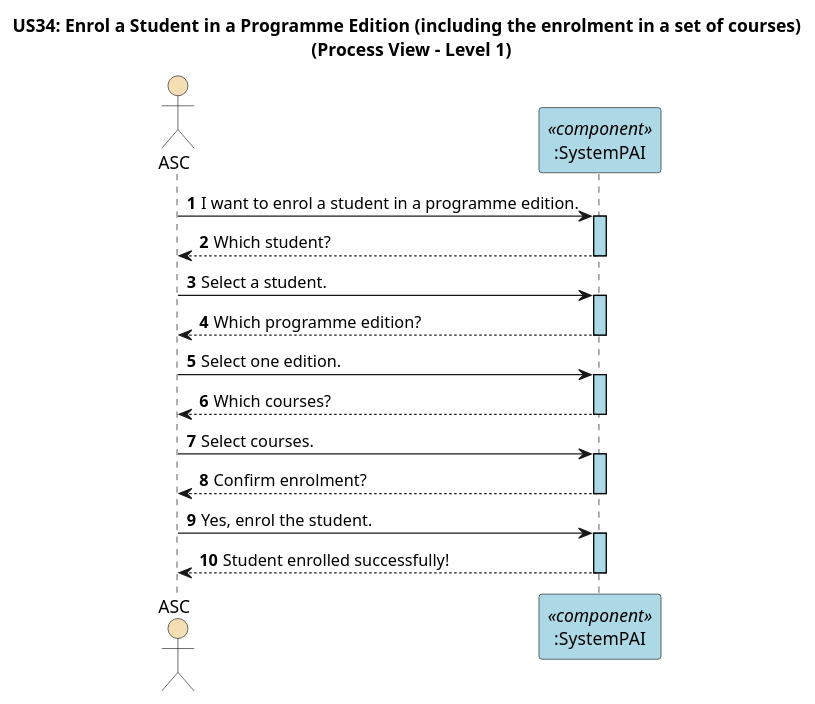
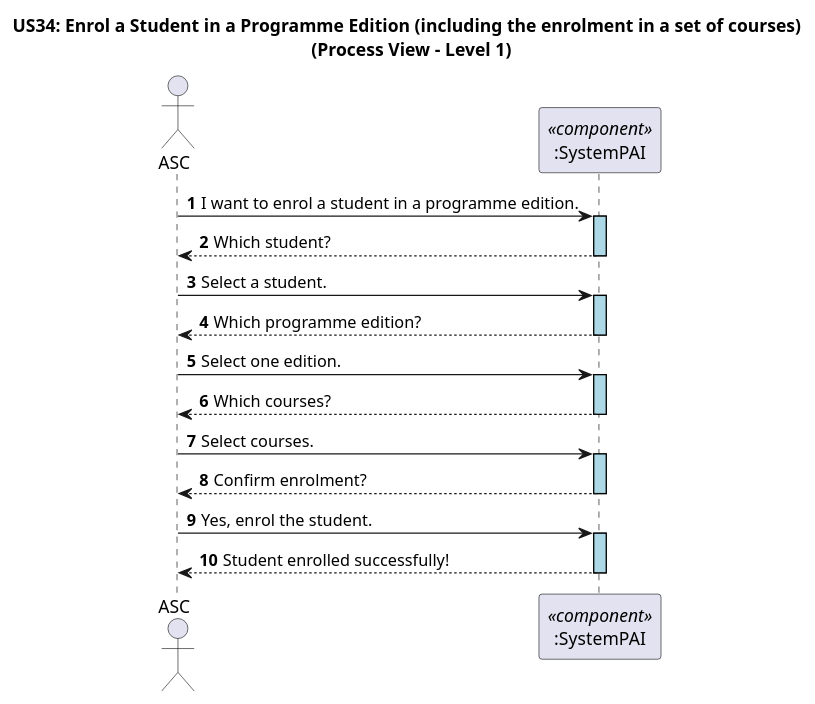
The diagram in docs/US34/Sprint7/ProcessView/Level1.puml (GasparISEP/DevOps-PAI), drawn with PlantUML before and after one commit.

Commit message:
"updated US34 Process View Level 1 (#646)"

```diff
--- a/docs/US34/Sprint7/ProcessView/Level1.puml
+++ b/docs/US34/Sprint7/ProcessView/Level1.puml
@@ -1,33 +1,33 @@
 @startuml
 
-' US43 - Enrol a Student in a Programme Edition (including the enrolment in a set of courses)
+' US34 - Enrol a Student in a Programme Edition (including the enrolment in a set of courses)
 ' Process View - Level 1 (C4 Level 1 Style)
 
 autonumber
 
 skinparam sequence {
    LifelineBorderColor black
    LifelineBackgroundColor LightBlue
 }
 
 title US34: Enrol a Student in a Programme Edition (including the enrolment in a set of courses) \n (Process View - Level 1)
 
-actor ASC #Wheat
-participant ":SystemPAI" as System <<component>> #LightBlue
+actor ASC
+participant ":SystemPAI" as System <<component>>
 
 ASC -> System ++: I want to enrol a student in a programme edition.
 System --> ASC --: Which student?
 
 ASC -> System ++: Select a student.
 System --> ASC --: Which programme edition?
 ASC -> System ++: Select one edition.
 
 System --> ASC--: Which courses?
 ASC -> System++: Select courses.
 
 System --> ASC--: Confirm enrolment?
 ASC -> System ++: Yes, enrol the student.
 
 System --> ASC --: Student enrolled successfully!
 
 @enduml
```
